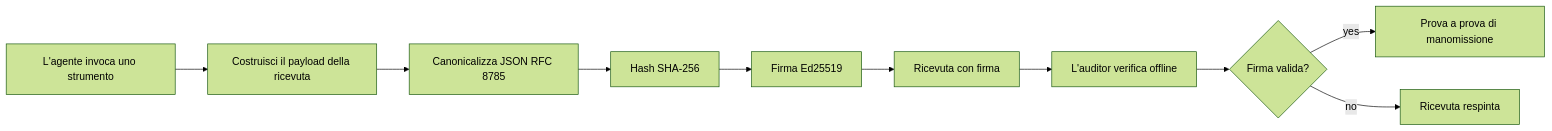
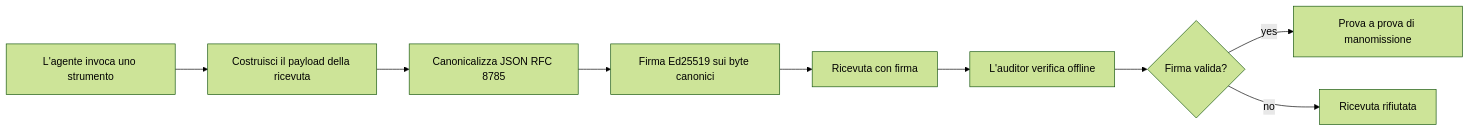
The first of 2 diagrams in translations/it/18-securing-ai-agents/README.md (microsoft/ai-agents-for-beginners), drawn with Mermaid (forest theme) before and after one commit. The commit also changed other lines of this file and 47 other files, not shown here.

````diff
--- a/translations/it/18-securing-ai-agents/README.md
+++ b/translations/it/18-securing-ai-agents/README.md
@@ -51,12 +51,11 @@
 ```mermaid
 flowchart LR
     A[L'agente invoca uno strumento] --> B[Costruisci il payload della ricevuta]
     B --> C[Canonicalizza JSON RFC 8785]
-    C --> D[Hash SHA-256]
-    D --> E[Firma Ed25519]
+    C --> E[Firma Ed25519 sui byte canonici]
     E --> F[Ricevuta con firma]
     F --> G[L'auditor verifica offline]
     G --> H{Firma valida?}
     H -- yes --> I[Prova a prova di manomissione]
-    H -- no --> J[Ricevuta respinta]
+    H -- no --> J[Ricevuta rifiutata]
 ```
````
